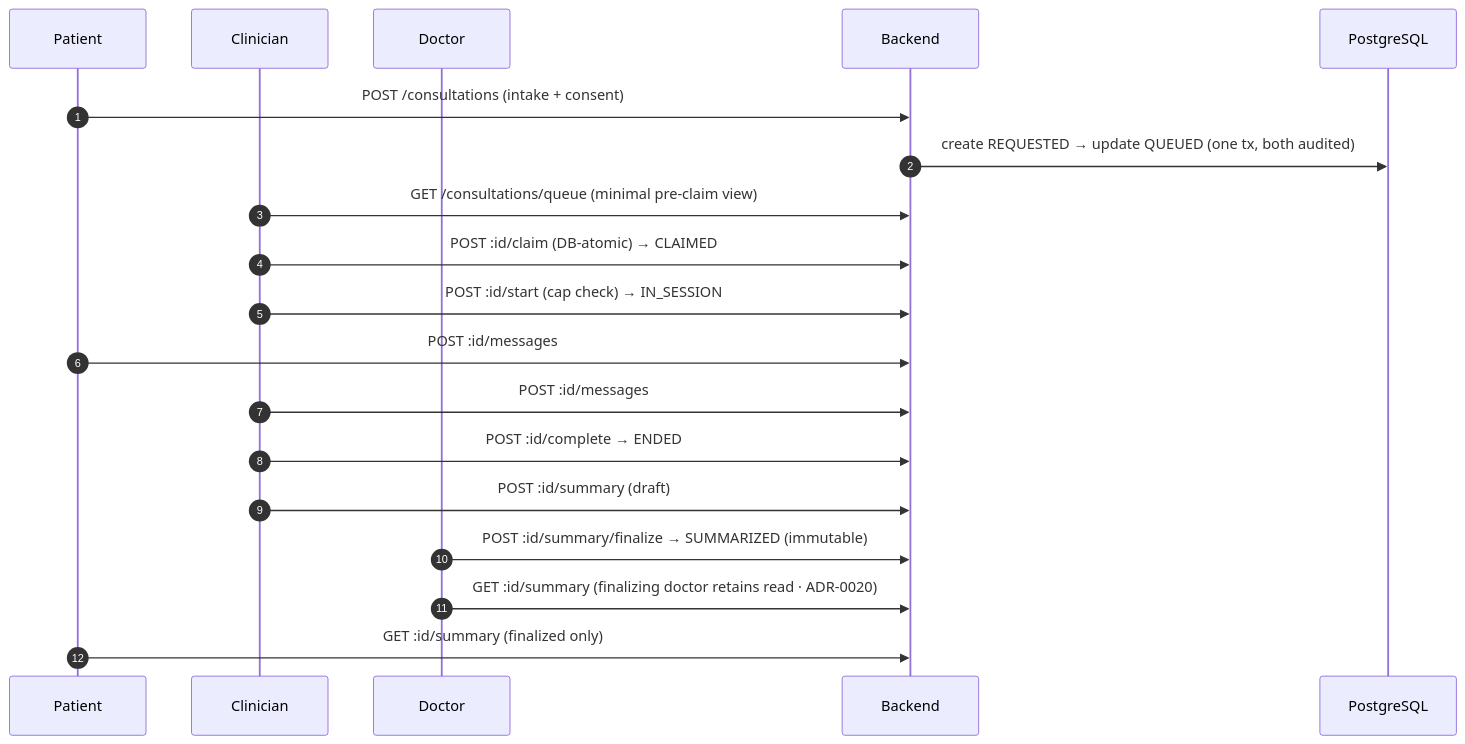
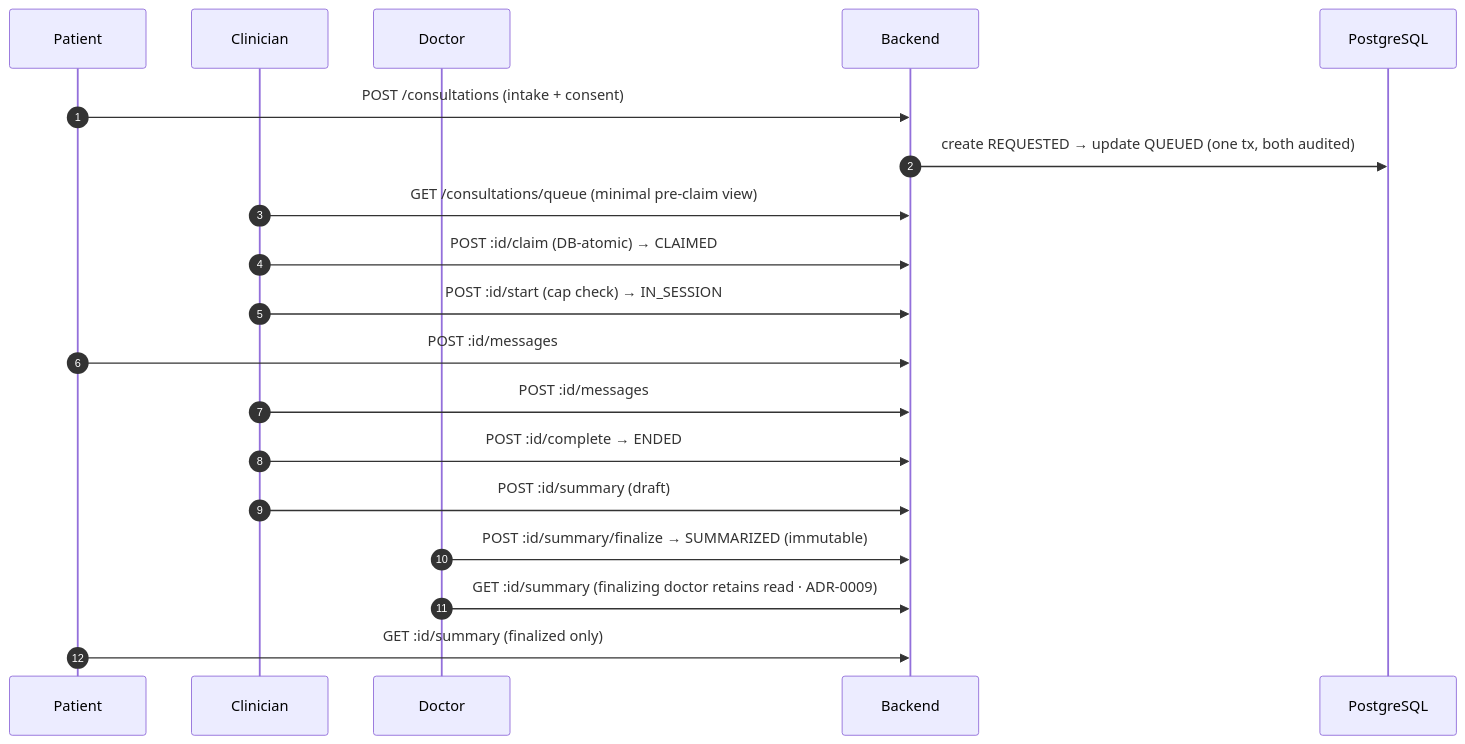
One commit to akritiupreti/virtual-consultation-platform changed the sixth of 13 diagrams in docs/architecture.md. Above: the diagram before and after it, drawn with Mermaid. The commit also changed other lines of this file and 81 other files, not shown here.

````diff
--- a/docs/architecture.md
+++ b/docs/architecture.md
@@ -242,22 +242,22 @@
 ```mermaid
 sequenceDiagram
     autonumber
     participant P as Patient
     participant C as Clinician
     participant D as Doctor
     participant API as Backend
     participant DB as PostgreSQL
 
     P->>API: POST /consultations (intake + consent)
     API->>DB: create REQUESTED → update QUEUED (one tx, both audited)
     C->>API: GET /consultations/queue (minimal pre-claim view)
     C->>API: POST :id/claim  (DB-atomic) → CLAIMED
     C->>API: POST :id/start  (cap check) → IN_SESSION
     P->>API: POST :id/messages
     C->>API: POST :id/messages
     C->>API: POST :id/complete → ENDED
     C->>API: POST :id/summary (draft)
     D->>API: POST :id/summary/finalize → SUMMARIZED (immutable)
-    D->>API: GET :id/summary (finalizing doctor retains read · ADR-0020)
+    D->>API: GET :id/summary (finalizing doctor retains read · ADR-0009)
     P->>API: GET :id/summary (finalized only)
 ```
````
